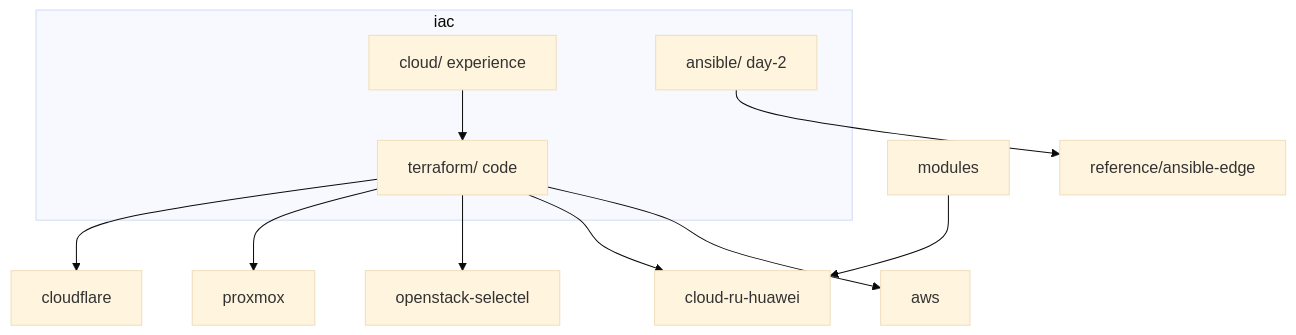
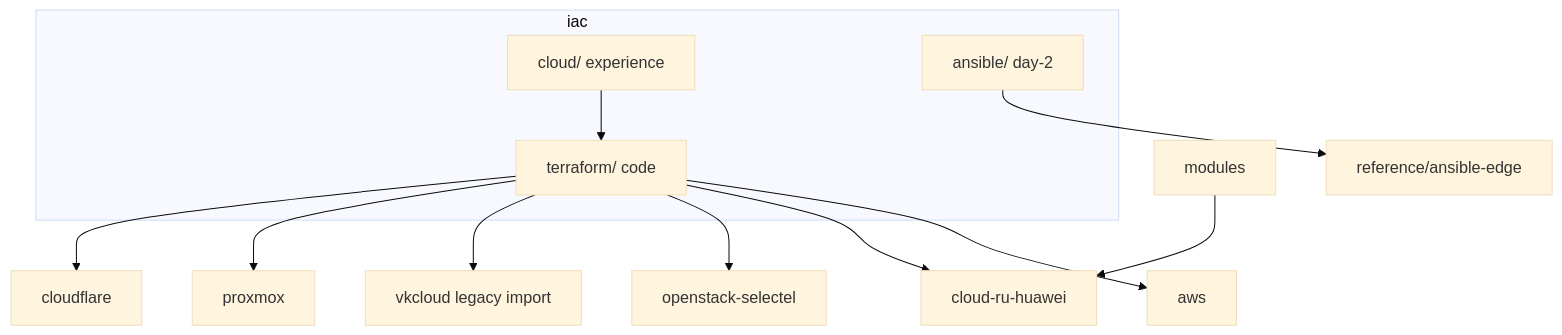
The second of 4 diagrams in README.md (NarberallGamma/narberall-platform-engineer-lab), drawn with Mermaid (base theme) before and after one commit. The commit also changed other lines of this file and 35 other files, not shown here.

````diff
--- a/README.md
+++ b/README.md
@@ -221,16 +228,17 @@
 ```mermaid
 flowchart TB
   subgraph iac [iac]
     Cloud[cloud/ experience]
     TF[terraform/ code]
     ANS[ansible/ day-2]
   end
   Cloud --> TF
   ANS --> RefA[reference/ansible-edge]
   TF --> AWS[aws]
   TF --> CR[cloud-ru-huawei]
   TF --> OS[openstack-selectel]
+  TF --> VK[vkcloud legacy import]
   TF --> PX[proxmox]
   TF --> CF[cloudflare]
   Mods[modules] --> CR
 ```
````
